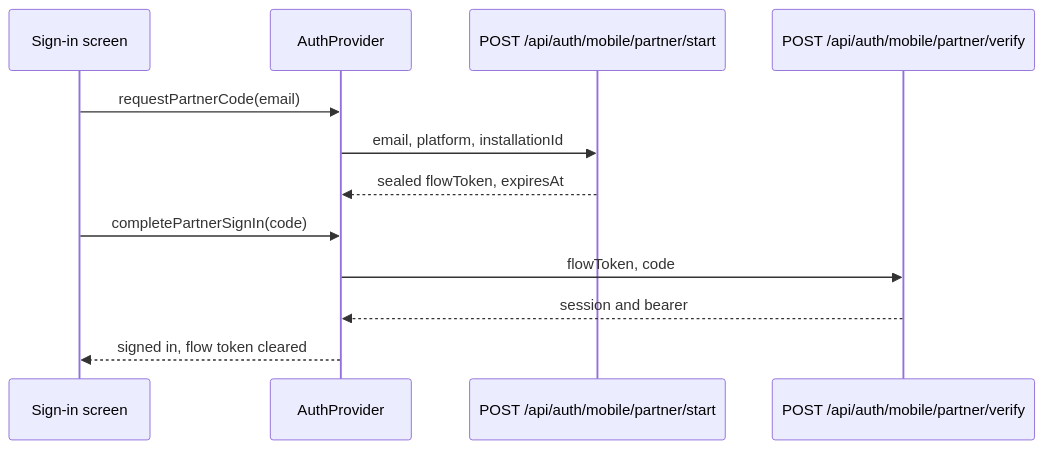
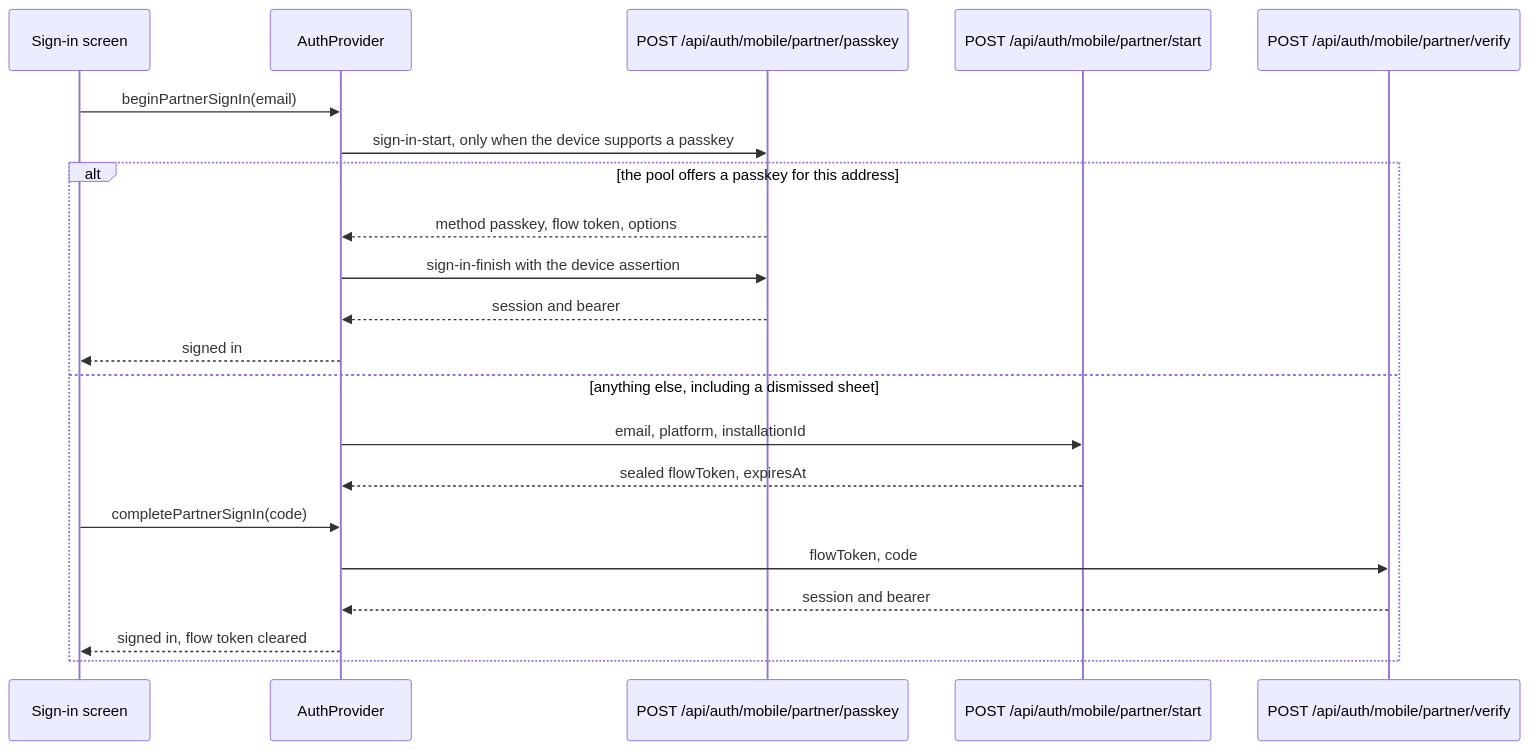
The diagram in openwiki/integrations/mobile-app.md (psd401/psd-eoc), drawn with Mermaid before and after one commit. The commit also changed other lines of this file and 8 other files, not shown here.

````diff
--- a/openwiki/integrations/mobile-app.md
+++ b/openwiki/integrations/mobile-app.md
@@ -72,14 +75,23 @@
 ```mermaid
 sequenceDiagram
   participant S as Sign-in screen
   participant P as AuthProvider
+  participant Pk as POST /api/auth/mobile/partner/passkey
   participant Start as POST /api/auth/mobile/partner/start
   participant Verify as POST /api/auth/mobile/partner/verify
-  S->>P: requestPartnerCode(email)
-  P->>Start: email, platform, installationId
-  Start-->>P: sealed flowToken, expiresAt
-  S->>P: completePartnerSignIn(code)
-  P->>Verify: flowToken, code
-  Verify-->>P: session and bearer
-  P-->>S: signed in, flow token cleared
+  S->>P: beginPartnerSignIn(email)
+  P->>Pk: sign-in-start, only when the device supports a passkey
+  alt the pool offers a passkey for this address
+    Pk-->>P: method passkey, flow token, options
+    P->>Pk: sign-in-finish with the device assertion
+    Pk-->>P: session and bearer
+    P-->>S: signed in
+  else anything else, including a dismissed sheet
+    P->>Start: email, platform, installationId
+    Start-->>P: sealed flowToken, expiresAt
+    S->>P: completePartnerSignIn(code)
+    P->>Verify: flowToken, code
+    Verify-->>P: session and bearer
+    P-->>S: signed in, flow token cleared
+  end
 ```
````
